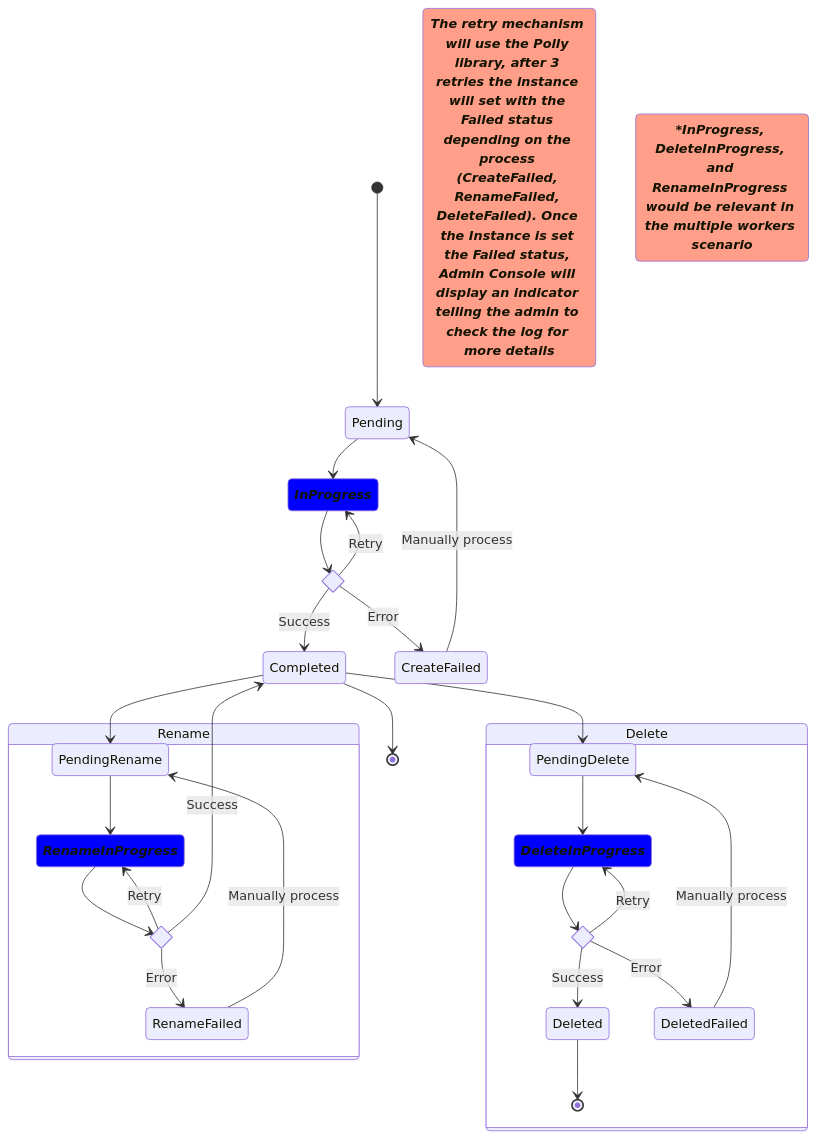
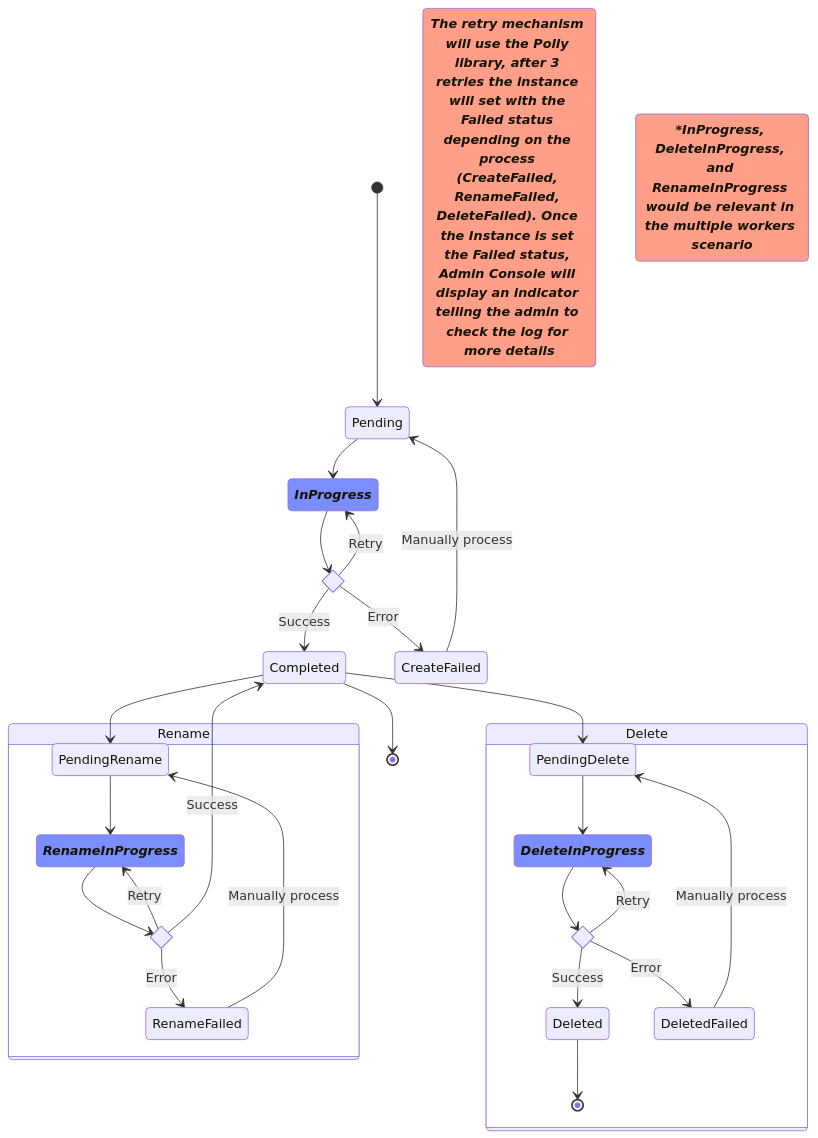
The diagram in docs/design/adminconsole/INSTANCE-DATA.md (Ed-Fi-Alliance-OSS/AdminAPI-2.x), drawn with Mermaid before and after one commit. The commit also changed other lines of this file, not shown here.

Commit message:
Add different color to the inprogress in the diagram

````diff
--- a/docs/design/adminconsole/INSTANCE-DATA.md
+++ b/docs/design/adminconsole/INSTANCE-DATA.md
@@ -149,43 +152,43 @@
 ```mermaid
 stateDiagram-v2
-    classDef progressStyle font-style:italic,font-weight:bold,fill:blue
+    classDef progressStyle font-style:italic,font-weight:bold,fill:#7a8eff
     classDef noteStyle font-style:italic,font-weight:bold,fill:#ff9e89
     [*] --> Pending
     state if_state_create <<choice>>
     Pending --> InProgress
     InProgress --> if_state_create
     if_state_create --> Completed : Success
     if_state_create --> InProgress : Retry
     if_state_create --> CreateFailed : Error
     CreateFailed --> Pending : Manually process
     state Rename {
         state if_state_rename <<choice>>
         PendingRename --> RenameInProgress
         RenameInProgress --> if_state_rename
         if_state_rename --> RenameInProgress : Retry
         if_state_rename --> RenameFailed : Error
         RenameFailed --> PendingRename : Manually process
     }
     state Delete {
         state if_state_delete <<choice>>
         PendingDelete --> DeleteInProgress
         DeleteInProgress --> if_state_delete 
         if_state_delete --> Deleted : Success
         if_state_delete --> DeleteInProgress : Retry
         if_state_delete --> DeletedFailed : Error
         DeletedFailed --> PendingDelete : Manually process
         Deleted --> [*]
     }
     if_state_rename --> Completed : Success
     Completed --> PendingDelete
     Completed --> PendingRename
     Completed --> [*]
     noteRetry : The retry mechanism will use the Polly library, after 3 retries the instance will set with the Failed status depending on the process (CreateFailed, RenameFailed, DeleteFailed). Once the Instance is set the Failed status, Admin Console will display an indicator telling the admin to check the log for more details 
     noteInProgress : *InProgress, DeleteInProgress, and RenameInProgress would be relevant in the multiple workers scenario
 
     class InProgress progressStyle
     class DeleteInProgress progressStyle
     class RenameInProgress progressStyle
     class noteRetry noteStyle
     class noteInProgress noteStyle
 ```
````
